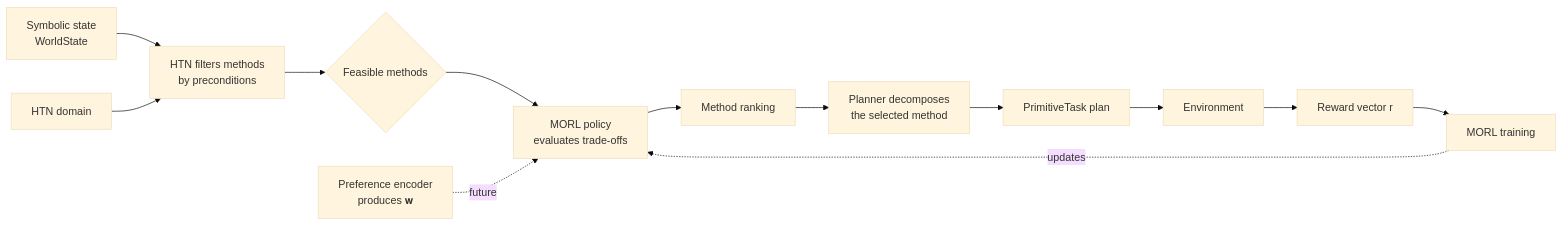
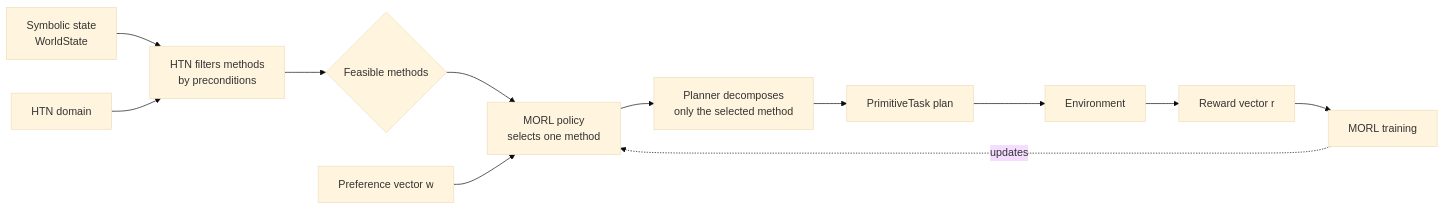
Before and after one commit to AndersonGACFilho/htn-goap-morl-agent: the first of 2 diagrams in docs/architecture/symbolic-morl.md, drawn with Mermaid (base theme). The commit also changed other lines of this file and 14 other files, not shown here.

First line of the commit message:
docs(architecture): clarify MORL direct selection and fallback

````diff
--- a/docs/architecture/symbolic-morl.md
+++ b/docs/architecture/symbolic-morl.md
@@ -14,15 +14,14 @@
 ```mermaid
 flowchart LR
     S[Symbolic state<br/>WorldState] --> F[HTN filters methods<br/>by preconditions]
     D[HTN domain] --> F
     F --> M{Feasible methods}
-    M --> Q[MORL policy<br/>evaluates trade-offs]
-    W[Preference encoder<br/>produces 𝐰] -. future .-> Q
-    Q --> R[Method ranking]
-    R --> P[Planner decomposes<br/>the selected method]
+    M --> Q[MORL policy<br/>selects one method]
+    W[Preference vector w] --> Q
+    Q --> P[Planner decomposes<br/>only the selected method]
     P --> A[PrimitiveTask plan]
     A --> E[Environment]
     E --> O[Reward vector r]
     O --> T[MORL training]
     T -. updates .-> Q
 ```
````
